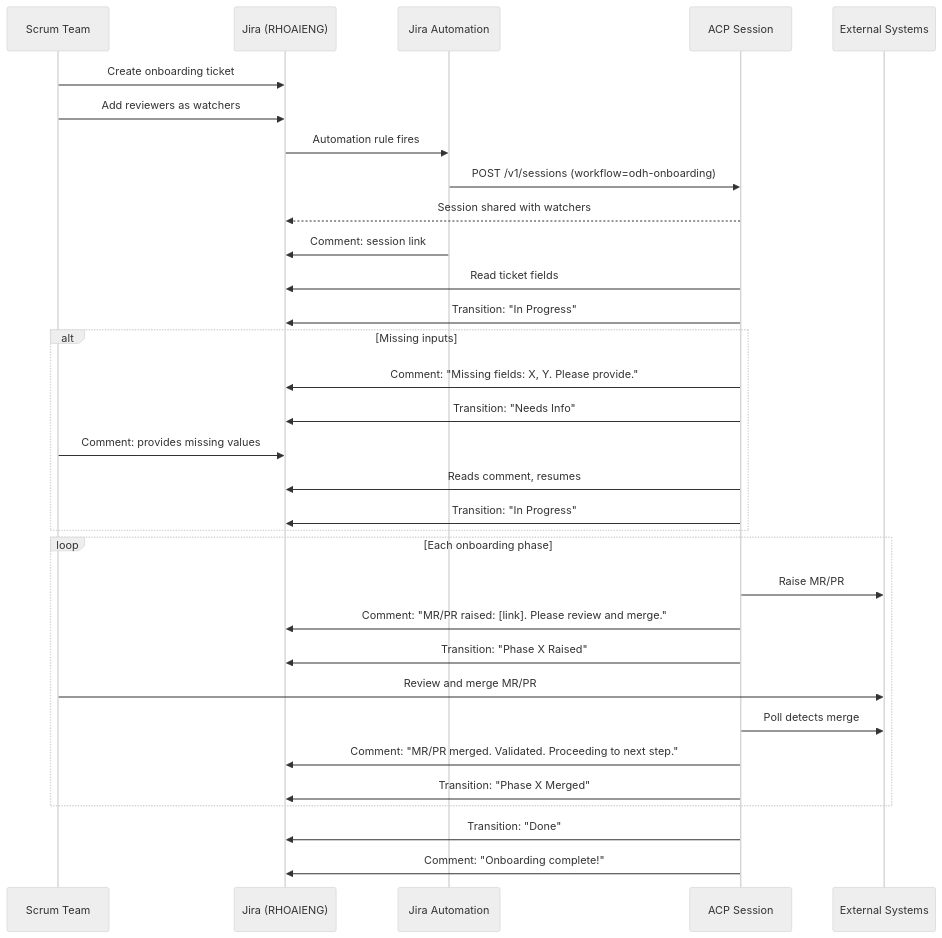
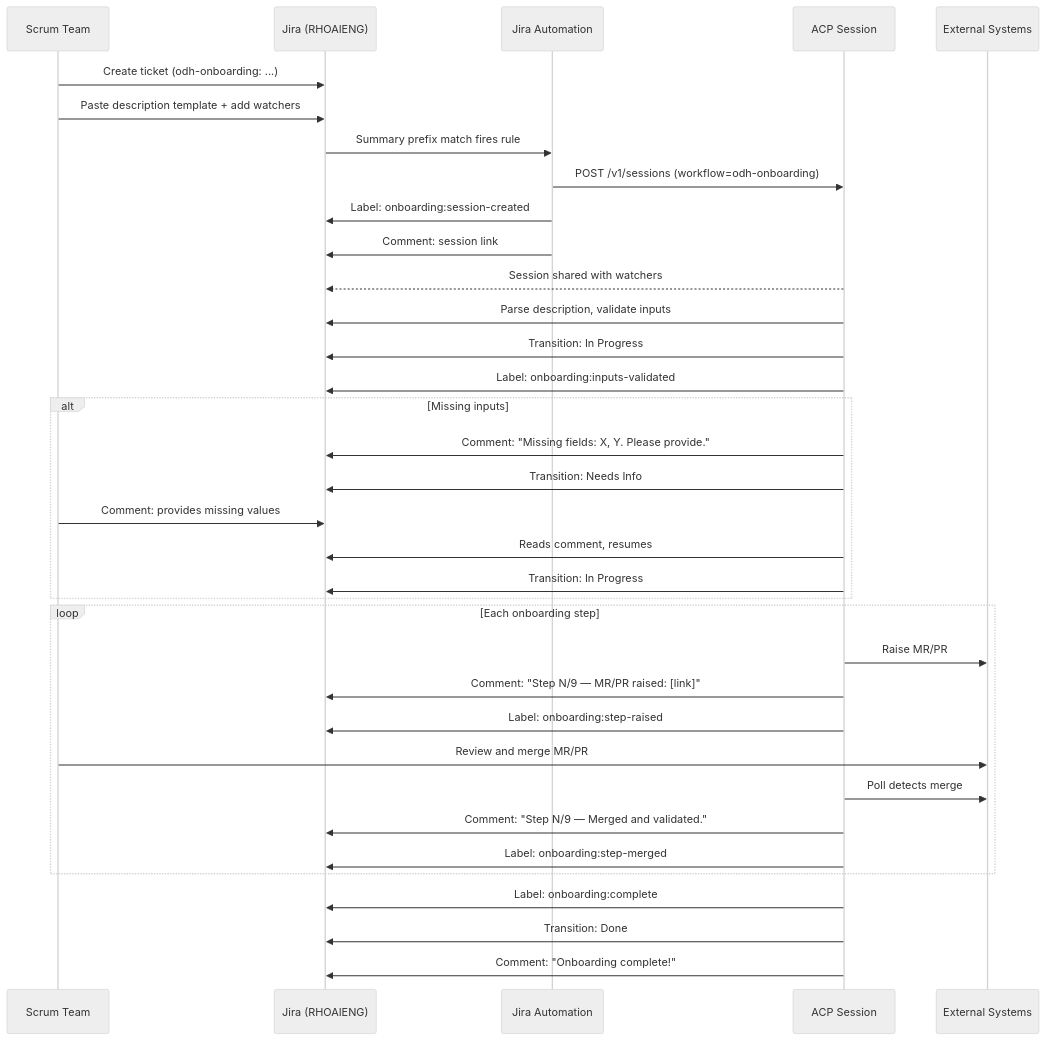
Before and after one commit to jstetina/aiops-infra: the third of 3 diagrams in docs/rfds/odh-component-onboarding/1-jira-triggered-acp-execution.md, drawn with Mermaid (neutral theme). The commit also changed other lines of this file and 1 other file, not shown here.

Commit message:
simplifying jira usage

````diff
--- a/docs/rfds/odh-component-onboarding/1-jira-triggered-acp-execution.md
+++ b/docs/rfds/odh-component-onboarding/1-jira-triggered-acp-execution.md
@@ -328,39 +373,42 @@
 ```mermaid
 sequenceDiagram
     participant Team as Scrum Team
     participant Jira as Jira (RHOAIENG)
     participant Auto as Jira Automation
     participant ACP as ACP Session
     participant Ext as External Systems
 
-    Team->>Jira: Create onboarding ticket
-    Team->>Jira: Add reviewers as watchers
-    Jira->>Auto: Automation rule fires
+    Team->>Jira: Create ticket (odh-onboarding: ...)
+    Team->>Jira: Paste description template + add watchers
+    Jira->>Auto: Summary prefix match fires rule
     Auto->>ACP: POST /v1/sessions (workflow=odh-onboarding)
+    Auto->>Jira: Label: onboarding:session-created
+    Auto->>Jira: Comment: session link
     ACP-->>Jira: Session shared with watchers
-    Auto->>Jira: Comment: session link
 
-    ACP->>Jira: Read ticket fields
-    ACP->>Jira: Transition: "In Progress"
+    ACP->>Jira: Parse description, validate inputs
+    ACP->>Jira: Transition: In Progress
+    ACP->>Jira: Label: onboarding:inputs-validated
 
     alt Missing inputs
         ACP->>Jira: Comment: "Missing fields: X, Y. Please provide."
-        ACP->>Jira: Transition: "Needs Info"
+        ACP->>Jira: Transition: Needs Info
         Team->>Jira: Comment: provides missing values
         ACP->>Jira: Reads comment, resumes
-        ACP->>Jira: Transition: "In Progress"
+        ACP->>Jira: Transition: In Progress
     end
 
-    loop Each onboarding phase
+    loop Each onboarding step
         ACP->>Ext: Raise MR/PR
-        ACP->>Jira: Comment: "MR/PR raised: [link]. Please review and merge."
-        ACP->>Jira: Transition: "Phase X Raised"
+        ACP->>Jira: Comment: "Step N/9 — MR/PR raised: [link]"
+        ACP->>Jira: Label: onboarding:step-raised
         Team->>Ext: Review and merge MR/PR
         ACP->>Ext: Poll detects merge
-        ACP->>Jira: Comment: "MR/PR merged. Validated. Proceeding to next step."
-        ACP->>Jira: Transition: "Phase X Merged"
+        ACP->>Jira: Comment: "Step N/9 — Merged and validated."
+        ACP->>Jira: Label: onboarding:step-merged
     end
 
-    ACP->>Jira: Transition: "Done"
+    ACP->>Jira: Label: onboarding:complete
+    ACP->>Jira: Transition: Done
     ACP->>Jira: Comment: "Onboarding complete!"
 ```
````
